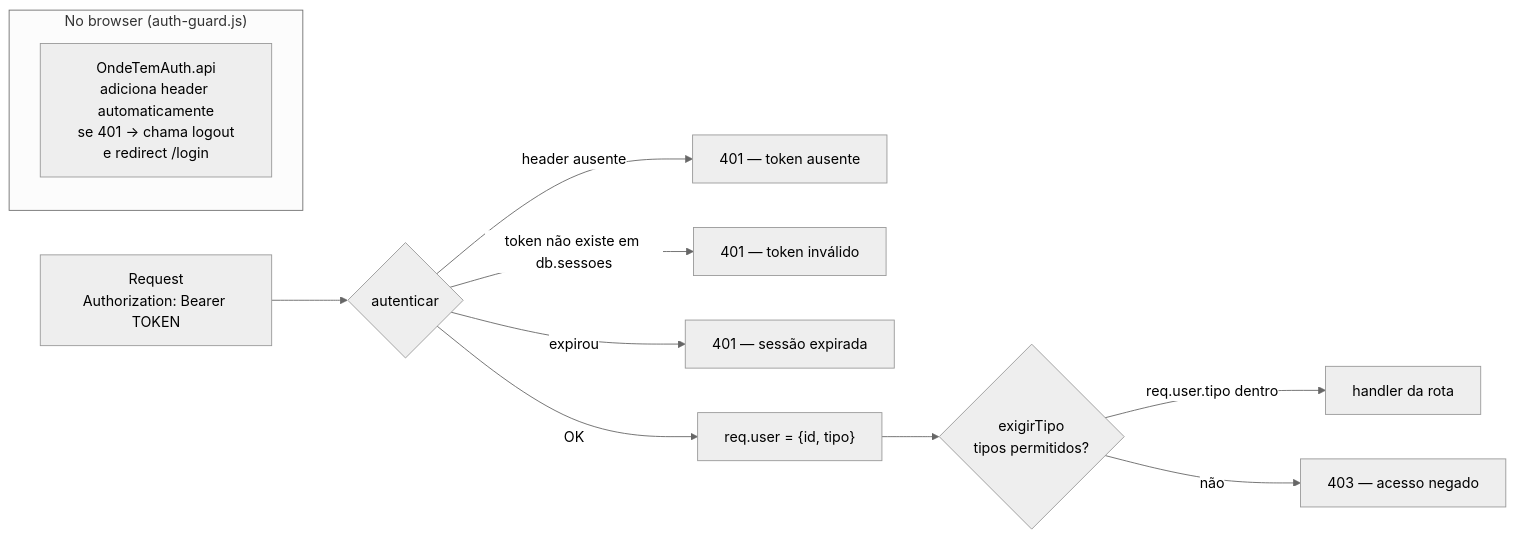
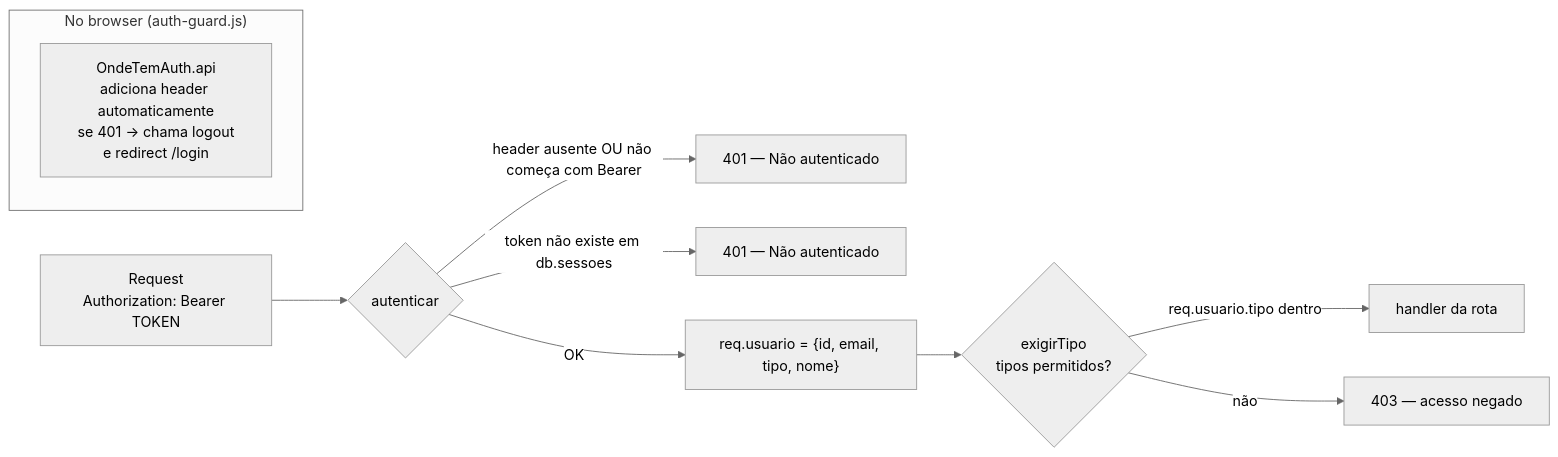
The seventh of 10 diagrams in docs/fluxograma.md (Dev-Aprendiz0/ondetem), drawn with Mermaid (neutral theme) before and after one commit. The commit also changed other lines of this file, not shown here.

Commit message:
docs(fluxograma): corrigir imprecis\u00f5es apontadas pelo Devin Review (sess\u00e3o sem expira\u00e7\u00e3o, stale-while-revalidate, req.usuario)

````diff
--- a/docs/fluxograma.md
+++ b/docs/fluxograma.md
@@ -237,15 +237,14 @@
 ```mermaid
 flowchart LR
     Req["Request<br/>Authorization: Bearer TOKEN"] --> A{autenticar}
-    A -->|header ausente| E401a[401 — token ausente]
-    A -->|token não existe em db.sessoes| E401b[401 — token inválido]
-    A -->|expirou| E401c[401 — sessão expirada]
-    A -->|OK| Attach["req.user = {id, tipo}"]
+    A -->|header ausente OU não começa com Bearer| E401a[401 — Não autenticado]
+    A -->|token não existe em db.sessoes| E401b[401 — Não autenticado]
+    A -->|OK| Attach["req.usuario = {id, email, tipo, nome}"]
     Attach --> T{exigirTipo<br/>tipos permitidos?}
-    T -->|req.user.tipo dentro| Next[handler da rota]
+    T -->|req.usuario.tipo dentro| Next[handler da rota]
     T -->|não| E403[403 — acesso negado]
 
     subgraph Cliente["No browser (auth-guard.js)"]
         C1[OndeTemAuth.api<br/>adiciona header automaticamente<br/>se 401 → chama logout<br/>e redirect /login]
     end
 ```
````
